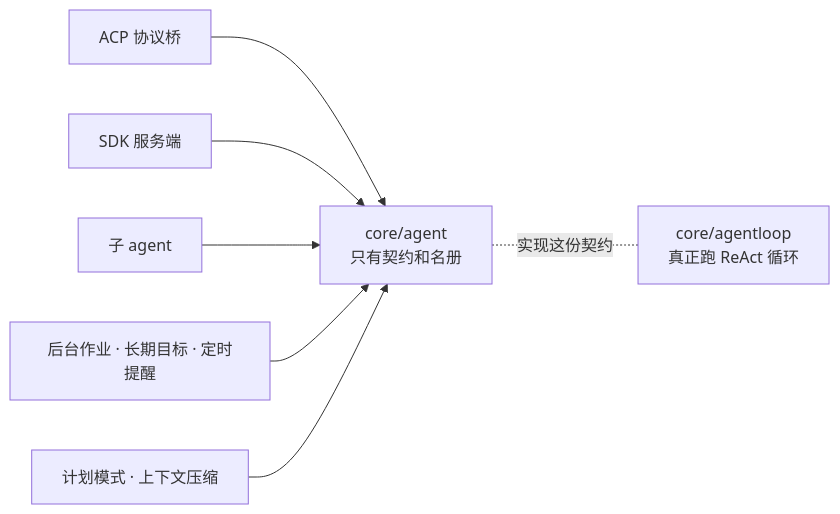
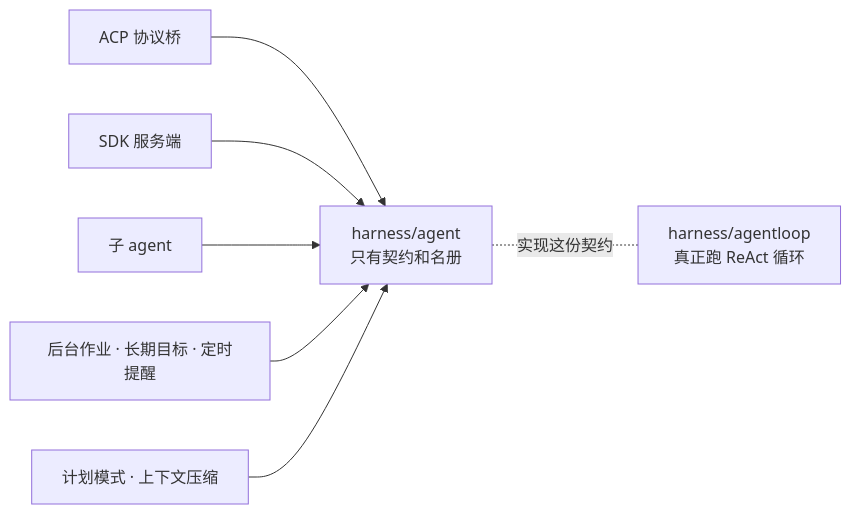
One commit to snight1983/ds-harness-go changed the first of 23 diagrams in docs/modules/agent.md. Above: the diagram before and after it, drawn with Mermaid. The commit also changed other lines of this file and 1281 other files, not shown here.

````diff
--- a/docs/modules/agent.md
+++ b/docs/modules/agent.md
@@ -19,10 +19,10 @@
 ```mermaid
 flowchart LR
     A["ACP 协议桥"] --> C
     B["SDK 服务端"] --> C
     D["子 agent"] --> C
     E["后台作业 · 长期目标 · 定时提醒"] --> C
     F["计划模式 · 上下文压缩"] --> C
-    C["core/agent<br/>只有契约和名册"]
-    C -.实现这份契约.- G["core/agentloop<br/>真正跑 ReAct 循环"]
+    C["harness/agent<br/>只有契约和名册"]
+    C -.实现这份契约.- G["harness/agentloop<br/>真正跑 ReAct 循环"]
 ```
````
